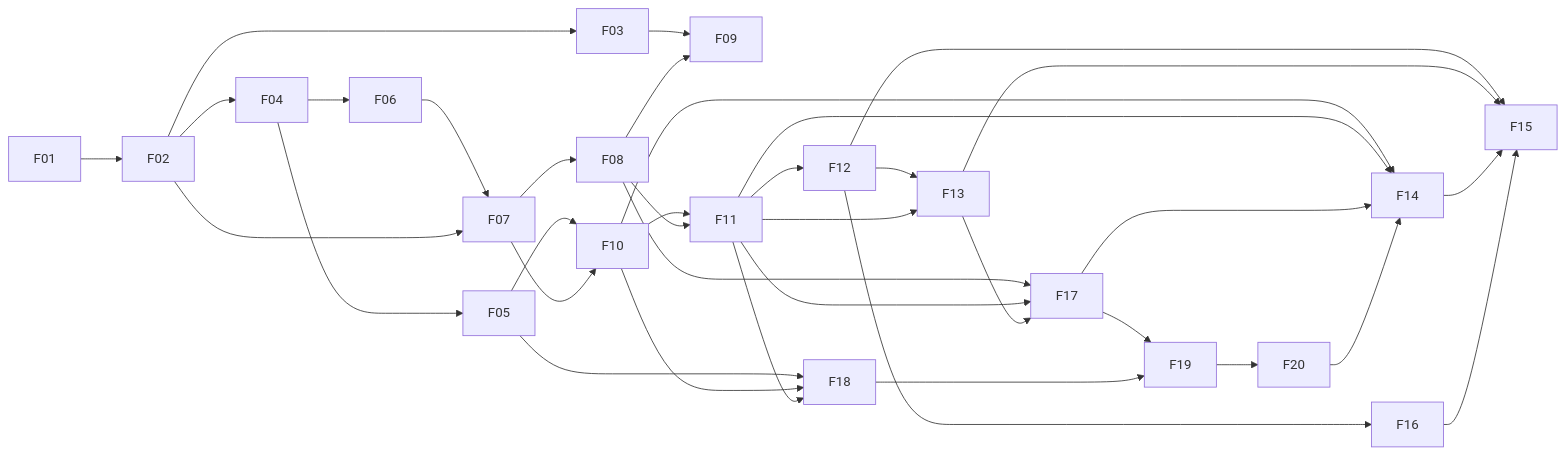
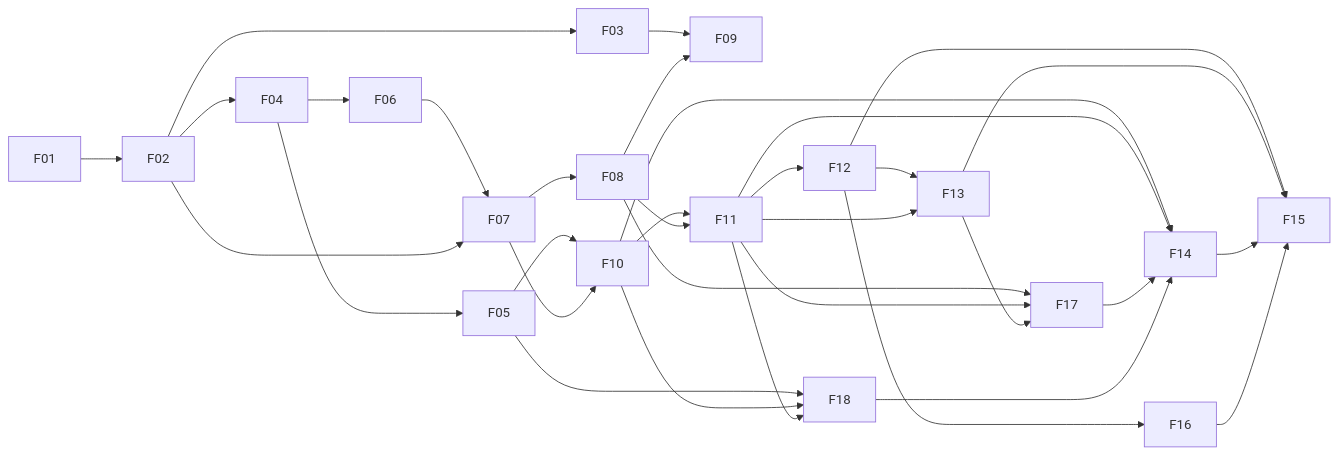
One commit to jrcosio/microrag changed the diagram in docs/roadmap/FEATURES.md. Above: the diagram before and after it, drawn with Mermaid. The commit also changed other lines of this file and 7 other files, not shown here.

````diff
--- a/docs/roadmap/FEATURES.md
+++ b/docs/roadmap/FEATURES.md
@@ -61,34 +61,31 @@
 ```mermaid
 flowchart LR
     F01 --> F02 --> F03
     F02 --> F04 --> F05
     F04 --> F06 --> F07
     F02 --> F07
     F07 --> F08
     F03 --> F09
     F08 --> F09
     F05 --> F10
     F07 --> F10
     F10 --> F11
     F08 --> F11
     F11 --> F12 --> F13
     F11 --> F13
     F10 --> F14
     F11 --> F14
     F12 --> F15
     F13 --> F15
     F14 --> F15
     F12 --> F16
     F08 --> F17
     F11 --> F17
     F13 --> F17
     F05 --> F18
     F10 --> F18
     F11 --> F18
-    F17 --> F19
-    F18 --> F19
-    F19 --> F20
     F17 --> F14
-    F20 --> F14
+    F18 --> F14
     F16 --> F15
 ```
````
